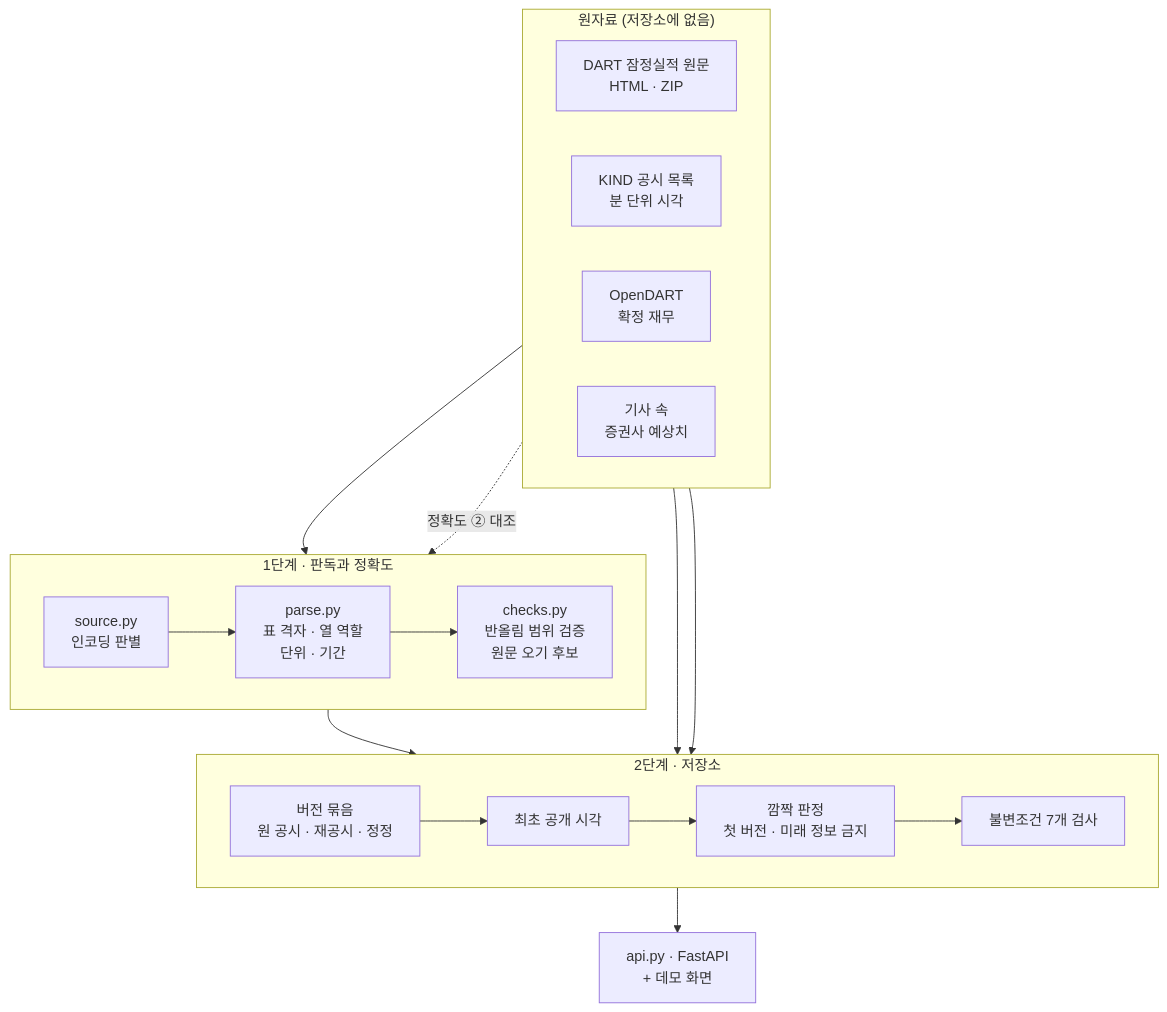
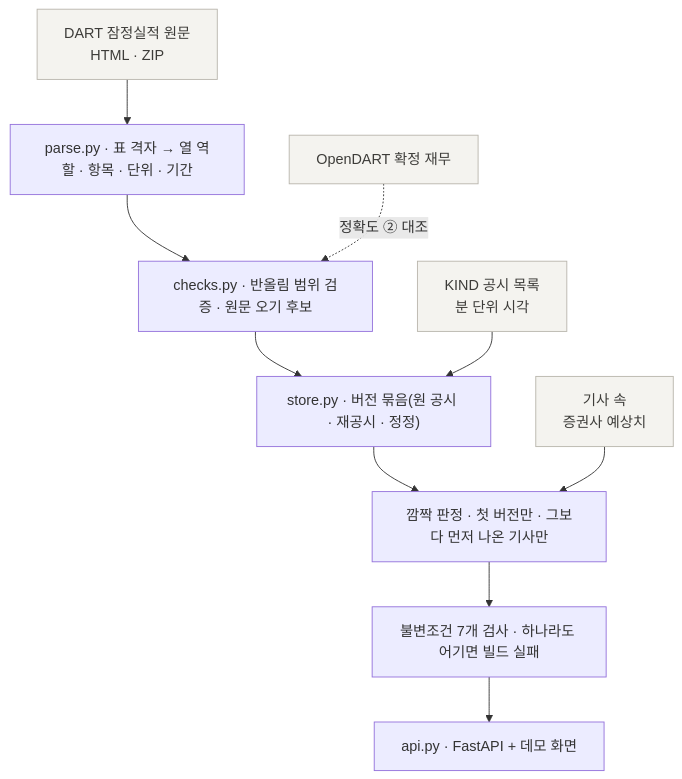
One commit to maverick6666/kr-prelim-earnings-api changed the diagram in README.md. Above: the diagram before and after it, drawn with Mermaid.

Commit message:
README: compact architecture diagram

````diff
--- a/README.md
+++ b/README.md
@@ -152,29 +152,15 @@
 ```mermaid
 flowchart TB
-    subgraph SRC["원자료 (저장소에 없음)"]
-        direction LR
-        A["DART 잠정실적 원문<br/>HTML · ZIP"]
-        K["KIND 공시 목록<br/>분 단위 시각"]
-        F["OpenDART<br/>확정 재무"]
-        N["기사 속<br/>증권사 예상치"]
-    end
+    A["DART 잠정실적 원문<br/>HTML · ZIP"] --> PA["parse.py · 표 격자 → 열 역할 · 항목 · 단위 · 기간"]
+    PA --> C["checks.py · 반올림 범위 검증 · 원문 오기 후보"]
+    F["OpenDART 확정 재무"] -. "정확도 ② 대조" .-> C
+    C --> V["store.py · 버전 묶음(원 공시 · 재공시 · 정정)"]
+    K["KIND 공시 목록<br/>분 단위 시각"] --> V
+    V --> SU["깜짝 판정 · 첫 버전만 · 그보다 먼저 나온 기사만"]
+    N["기사 속<br/>증권사 예상치"] --> SU
+    SU --> INV["불변조건 7개 검사 · 하나라도 어기면 빌드 실패"]
+    INV --> API["api.py · FastAPI + 데모 화면"]
 
-    subgraph P1["1단계 · 판독과 정확도"]
-        direction LR
-        S["source.py<br/>인코딩 판별"] --> PA["parse.py<br/>표 격자 · 열 역할<br/>단위 · 기간"] --> C["checks.py<br/>반올림 범위 검증<br/>원문 오기 후보"]
-    end
-
-    subgraph P2["2단계 · 저장소"]
-        direction LR
-        V["버전 묶음<br/>원 공시 · 재공시 · 정정"] --> T["최초 공개 시각"] --> SU["깜짝 판정<br/>첫 버전 · 미래 정보 금지"] --> INV["불변조건 7개 검사"]
-    end
-
-    API["api.py · FastAPI<br/>+ 데모 화면"]
-
-    A --> S
-    C --> V
-    K --> T
-    N --> SU
-    F -. "정확도 ② 대조" .-> C
-    INV --> API
+    classDef src fill:#f4f3ef,stroke:#b8b5ac,color:#3d3c39
+    class A,F,K,N src
 ```
````
